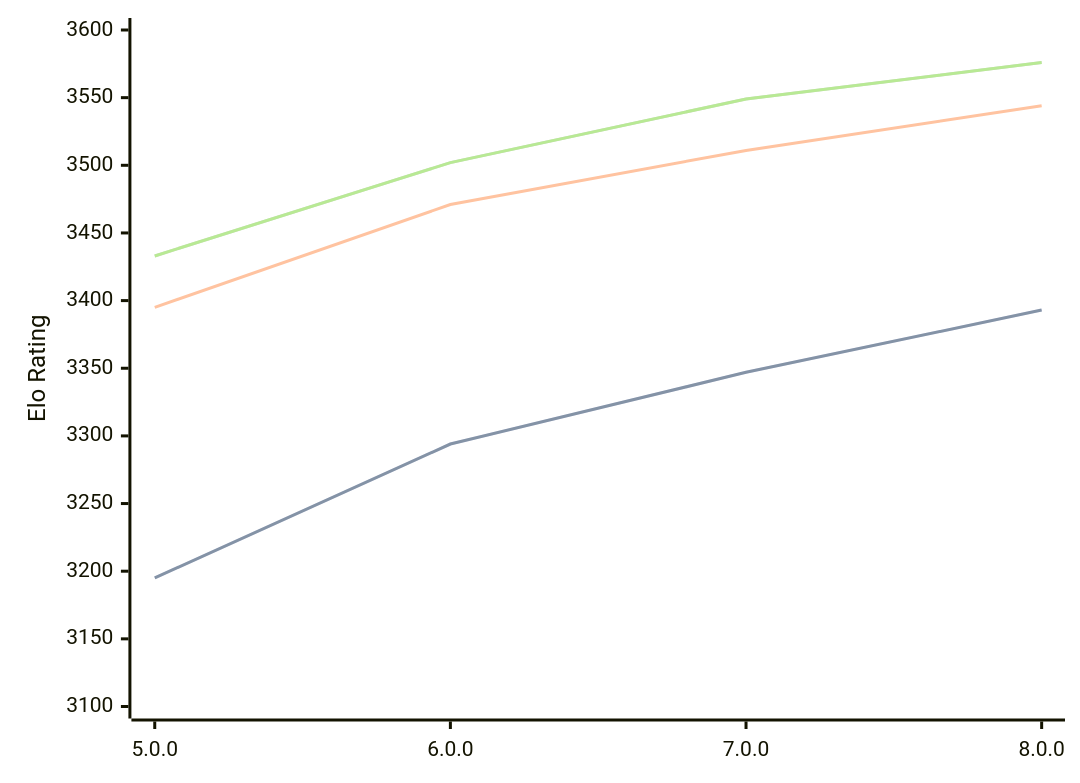
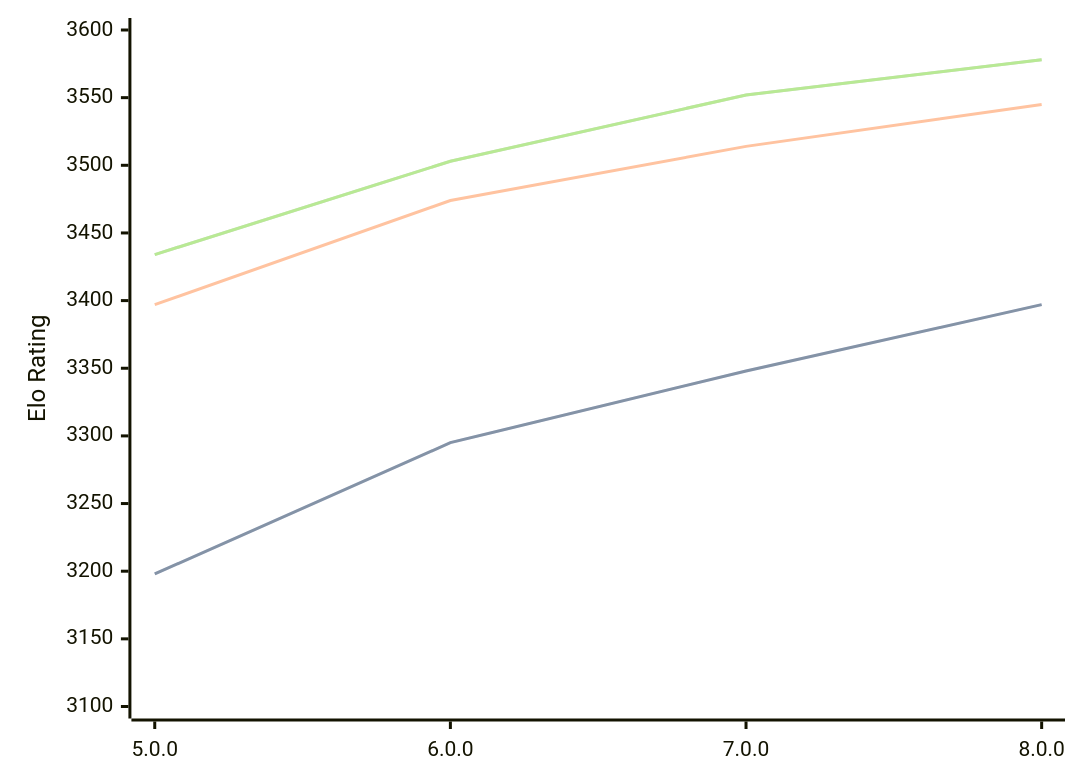
Before and after one commit to computer-chess-index/cci: the diagram in engines/Stormphrax.md, drawn with Mermaid. The commit also changed other lines of this file, not shown here.

Commit message:
Update CCI Ratings (ELO VLTC) - 2026-08-23

````diff
--- a/engines/Stormphrax.md
+++ b/engines/Stormphrax.md
@@ -34,11 +34,11 @@
 ```mermaid
 %%{init: {"theme":"base","themeVariables":{"seriesColors:['#a3a3a3','#222221','#faa371']}}}%%
 xychart-beta
   x-axis ["5.0.0", "6.0.0", "7.0.0", "8.0.0"]
   y-axis "Elo Rating" 3100 --> 3600
-  line "STC (8.0+0.08s)" [3195, 3294, 3347, 3393]
-  line "STC (8.0+0.08s)" [3195, 3294, 3347, 3393]
-  line "LTC (60.0+0.60s)" [3395, 3471, 3511, 3544]
-  line "VLTC (2m24s+1.12s)" [3433, 3502, 3549, 3576]
-  line "VLTC (2m24s+1.12s)" [3433, 3502, 3549, 3576]
+  line "STC (8.0+0.08s)" [3198, 3295, 3348, 3397]
+  line "STC (8.0+0.08s)" [3198, 3295, 3348, 3397]
+  line "LTC (60.0+0.60s)" [3397, 3474, 3514, 3545]
+  line "VLTC (2m24s+1.12s)" [3434, 3503, 3552, 3578]
+  line "VLTC (2m24s+1.12s)" [3434, 3503, 3552, 3578]
 ```
````
